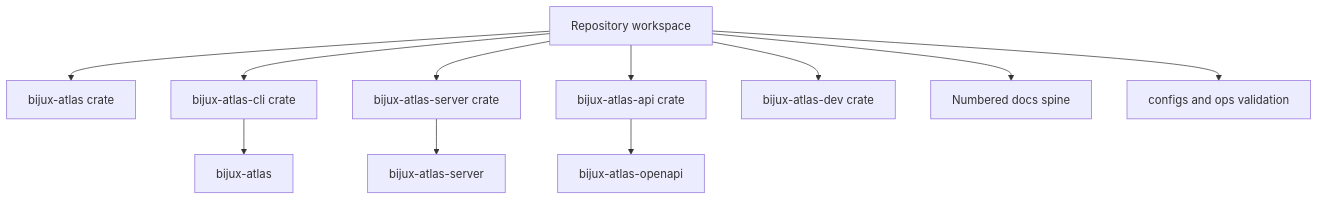
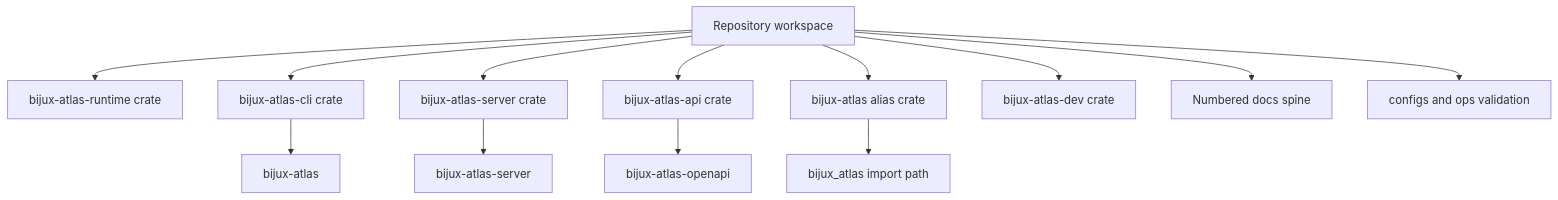
Before and after one commit to bijux/bijux-atlas: the second of 5 diagrams in README.md, drawn with Mermaid. The commit also changed other lines of this file and 12 other files, not shown here.

````diff
--- a/README.md
+++ b/README.md
@@ -148,13 +169,15 @@
 ```mermaid
 flowchart TD
-    Workspace[Repository workspace] --> Runtime[bijux-atlas crate]
+    Workspace[Repository workspace] --> Runtime[bijux-atlas-runtime crate]
     Workspace --> CLI[bijux-atlas-cli crate]
     Workspace --> ServerCrate[bijux-atlas-server crate]
     Workspace --> API[bijux-atlas-api crate]
+    Workspace --> Alias[bijux-atlas alias crate]
     Workspace --> ControlPlane[bijux-atlas-dev crate]
     CLI --> RuntimeCLI[bijux-atlas]
     ServerCrate --> Server[bijux-atlas-server]
     API --> OpenAPI[bijux-atlas-openapi]
+    Alias --> Compat[bijux_atlas import path]
     Workspace --> Docs[Numbered docs spine]
     Workspace --> Governance[configs and ops validation]
 ```
````
